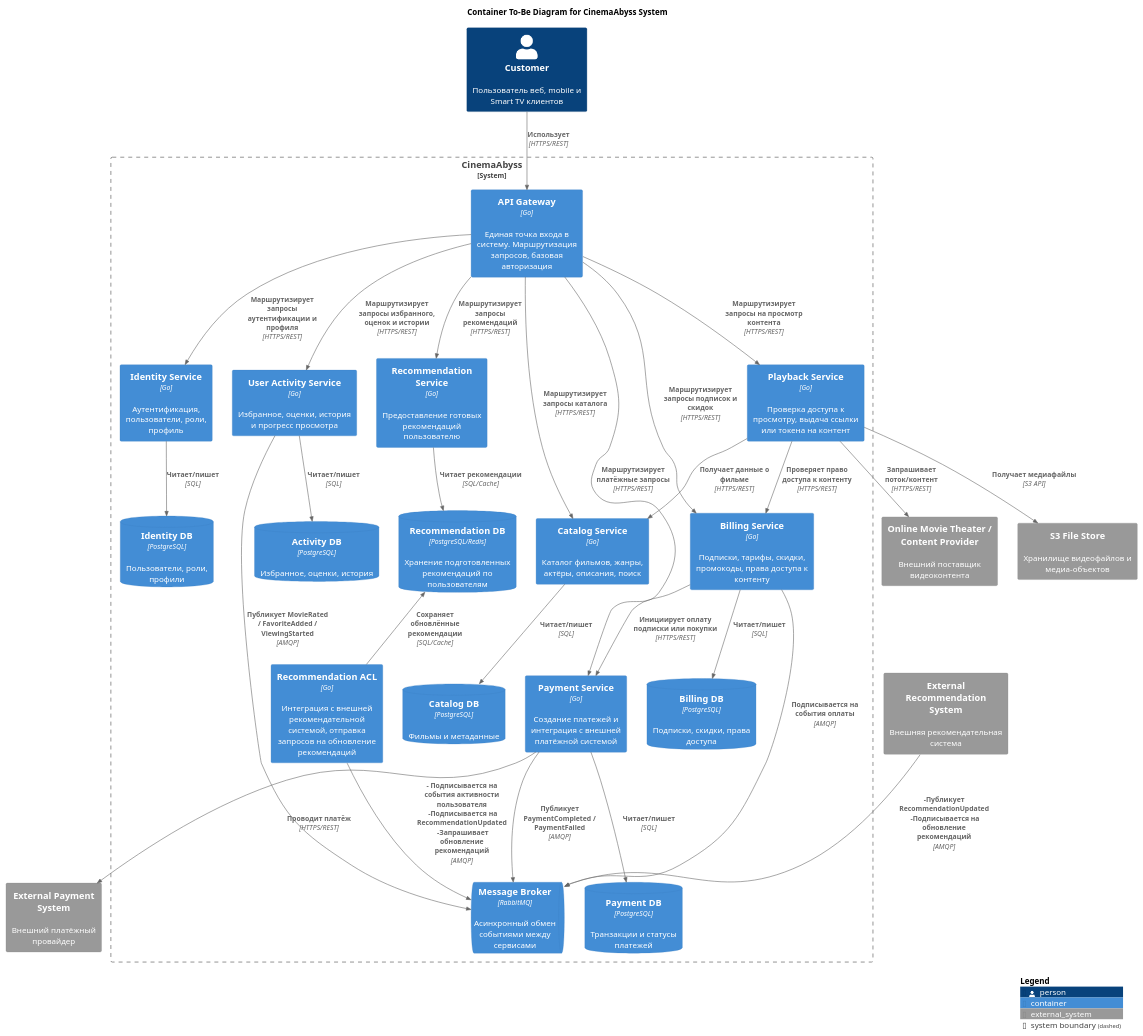
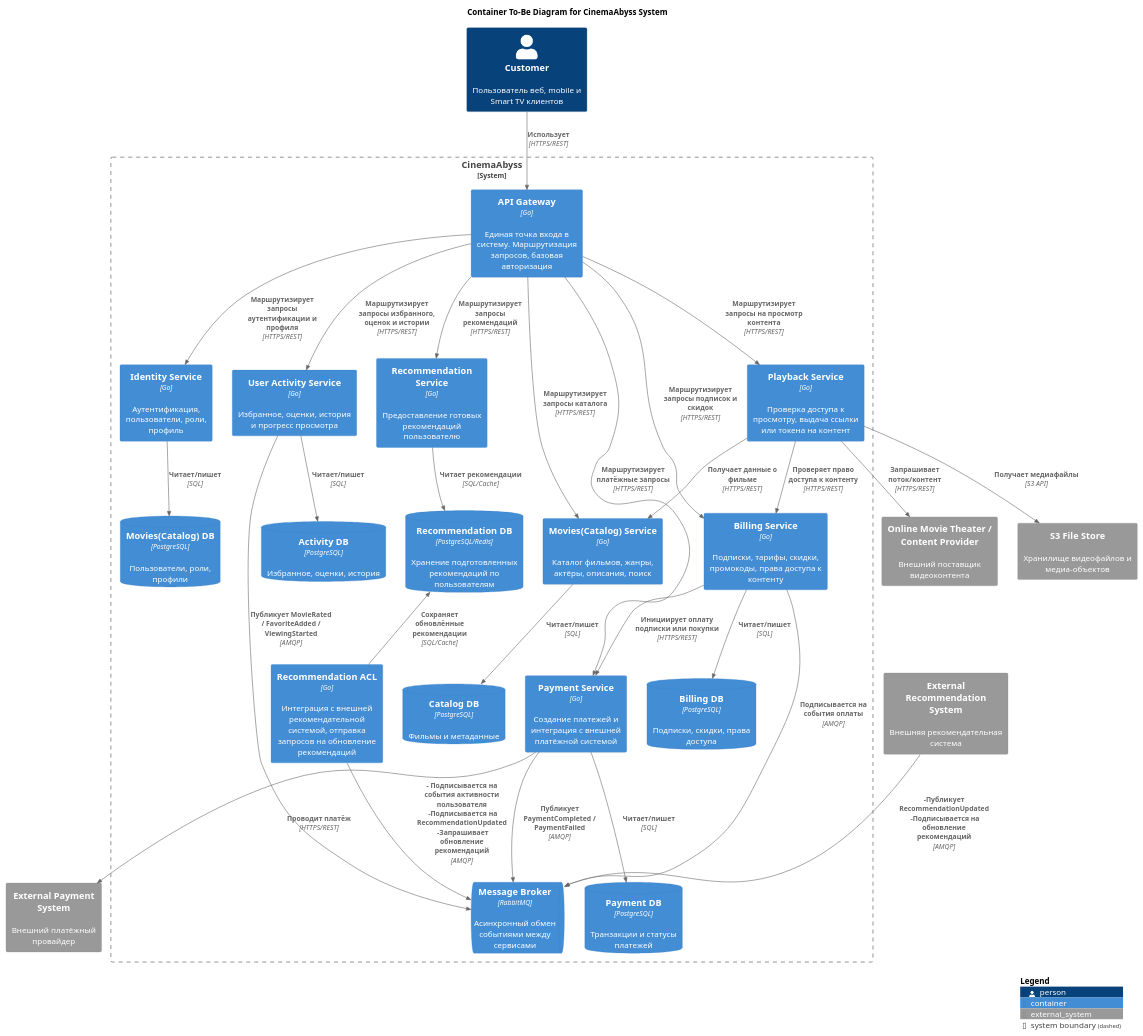
The diagram in arch/container_to_be.puml (Meeluck/architecture-cinemaabyss), drawn with PlantUML before and after one commit.

```diff
--- a/arch/container_to_be.puml
+++ b/arch/container_to_be.puml
@@ -1,71 +1,71 @@
 @startuml
 !include https://raw.githubusercontent.com/plantuml-stdlib/C4-PlantUML/master/C4_Container.puml
 
 LAYOUT_WITH_LEGEND()
 
 title Container To-Be Diagram for CinemaAbyss System
 
 Person(customer, "Customer", "Пользователь веб, mobile и Smart TV клиентов")
 
 System_Boundary(cinema, "CinemaAbyss") {
     Container(gw, "API Gateway", "Go", "Единая точка входа в систему. Маршрутизация запросов, базовая авторизация")
     Container(identity, "Identity Service", "Go", "Аутентификация, пользователи, роли, профиль")
-    Container(catalog, "Catalog Service", "Go", "Каталог фильмов, жанры, актёры, описания, поиск")
+    Container(catalog, "Movies(Catalog) Service", "Go", "Каталог фильмов, жанры, актёры, описания, поиск")
     Container(activity, "User Activity Service", "Go", "Избранное, оценки, история и прогресс просмотра")
     Container(billing, "Billing Service", "Go", "Подписки, тарифы, скидки, промокоды, права доступа к контенту")
     Container(payment, "Payment Service", "Go", "Создание платежей и интеграция с внешней платёжной системой")
     Container(playback, "Playback Service", "Go", "Проверка доступа к просмотру, выдача ссылки или токена на контент")
 
     Container(recoIntegration, "Recommendation ACL", "Go", "Интеграция с внешней рекомендательной системой, отправка запросов на обновление рекомендаций")
     Container(recoStore, "Recommendation Service", "Go", "Предоставление готовых рекомендаций пользователю")
     ContainerDb(recoDb, "Recommendation DB", "PostgreSQL/Redis", "Хранение подготовленных рекомендаций по пользователям")
 
-    ContainerDb(identityDb, "Identity DB", "PostgreSQL", "Пользователи, роли, профили")
+    ContainerDb(identityDb, "Movies(Catalog) DB", "PostgreSQL", "Пользователи, роли, профили")
     ContainerDb(catalogDb, "Catalog DB", "PostgreSQL", "Фильмы и метаданные")
     ContainerDb(activityDb, "Activity DB", "PostgreSQL", "Избранное, оценки, история")
     ContainerDb(billingDb, "Billing DB", "PostgreSQL", "Подписки, скидки, права доступа")
     ContainerDb(paymentDb, "Payment DB", "PostgreSQL", "Транзакции и статусы платежей")
 
     ContainerQueue(broker, "Message Broker", "RabbitMQ", "Асинхронный обмен событиями между сервисами")
 }
 
 System_Ext(paymentExt, "External Payment System", "Внешний платёжный провайдер")
 System_Ext(recommendationExt, "External Recommendation System", "Внешняя рекомендательная система")
 System_Ext(contentExt, "Online Movie Theater / Content Provider", "Внешний поставщик видеоконтента")
 System_Ext(objectStore, "S3 File Store", "Хранилище видеофайлов и медиа-объектов")
 
 Rel(customer, gw, "Использует", "HTTPS/REST")
 
 Rel(gw, identity, "Маршрутизирует запросы аутентификации и профиля", "HTTPS/REST")
 Rel(gw, catalog, "Маршрутизирует запросы каталога", "HTTPS/REST")
 Rel(gw, activity, "Маршрутизирует запросы избранного, оценок и истории", "HTTPS/REST")
 Rel(gw, billing, "Маршрутизирует запросы подписок и скидок", "HTTPS/REST")
 Rel(gw, payment, "Маршрутизирует платёжные запросы", "HTTPS/REST")
 Rel(gw, playback, "Маршрутизирует запросы на просмотр контента", "HTTPS/REST")
 Rel(gw, recoStore, "Маршрутизирует запросы рекомендаций", "HTTPS/REST")
 
 Rel(identity, identityDb, "Читает/пишет", "SQL")
 Rel(catalog, catalogDb, "Читает/пишет", "SQL")
 Rel(activity, activityDb, "Читает/пишет", "SQL")
 Rel(billing, billingDb, "Читает/пишет", "SQL")
 Rel(payment, paymentDb, "Читает/пишет", "SQL")
 Rel(recoStore, recoDb, "Читает рекомендации", "SQL/Cache")
 Rel_Up(recoIntegration, recoDb, "Сохраняет обновлённые рекомендации", "SQL/Cache")
 
 Rel(billing, payment, "Инициирует оплату подписки или покупки", "HTTPS/REST")
 Rel(payment, paymentExt, "Проводит платёж", "HTTPS/REST")
 Rel(payment, broker, "Публикует PaymentCompleted / PaymentFailed", "AMQP")
 Rel(billing, broker, "Подписывается на события оплаты", "AMQP")
 
 Rel(playback, billing, "Проверяет право доступа к контенту", "HTTPS/REST")
 Rel(playback, catalog, "Получает данные о фильме", "HTTPS/REST")
 Rel(playback, contentExt, "Запрашивает поток/контент", "HTTPS/REST")
 Rel(playback, objectStore, "Получает медиафайлы", "S3 API")
 
 Rel(activity, broker, "Публикует MovieRated / FavoriteAdded / ViewingStarted", "AMQP")
 Rel(recoIntegration, broker, "- Подписывается на события активности пользователя\n -Подписывается на RecommendationUpdated \n -Запрашивает обновление рекомендаций", "AMQP")
 
 Rel(recommendationExt, broker, "-Публикует RecommendationUpdated\n -Подписывается на обновление рекомендаций", "AMQP")
 
 SHOW_LEGEND()
 @enduml
```
